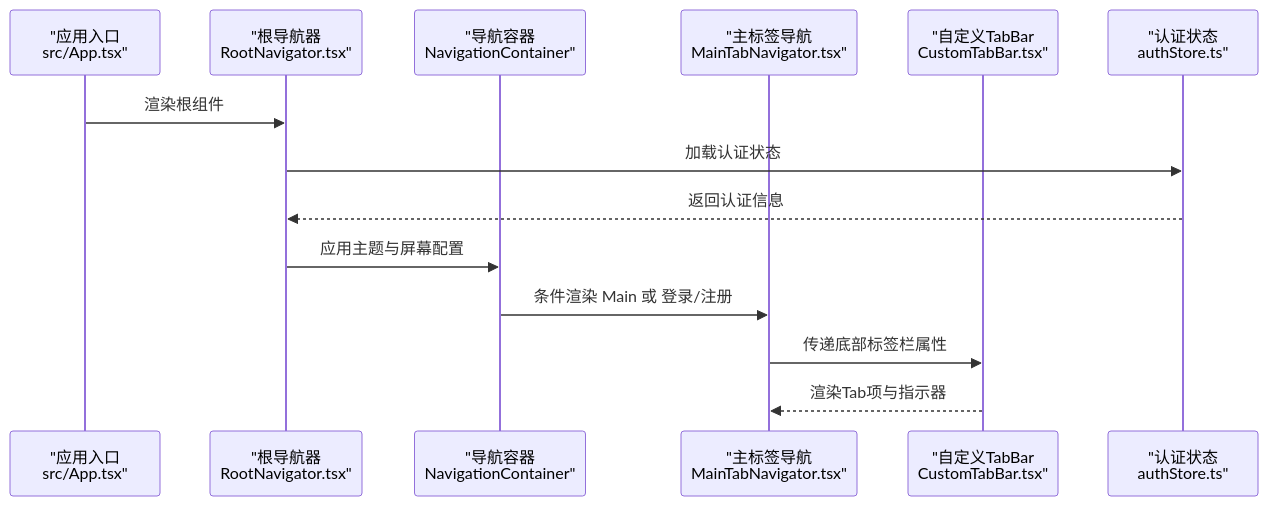
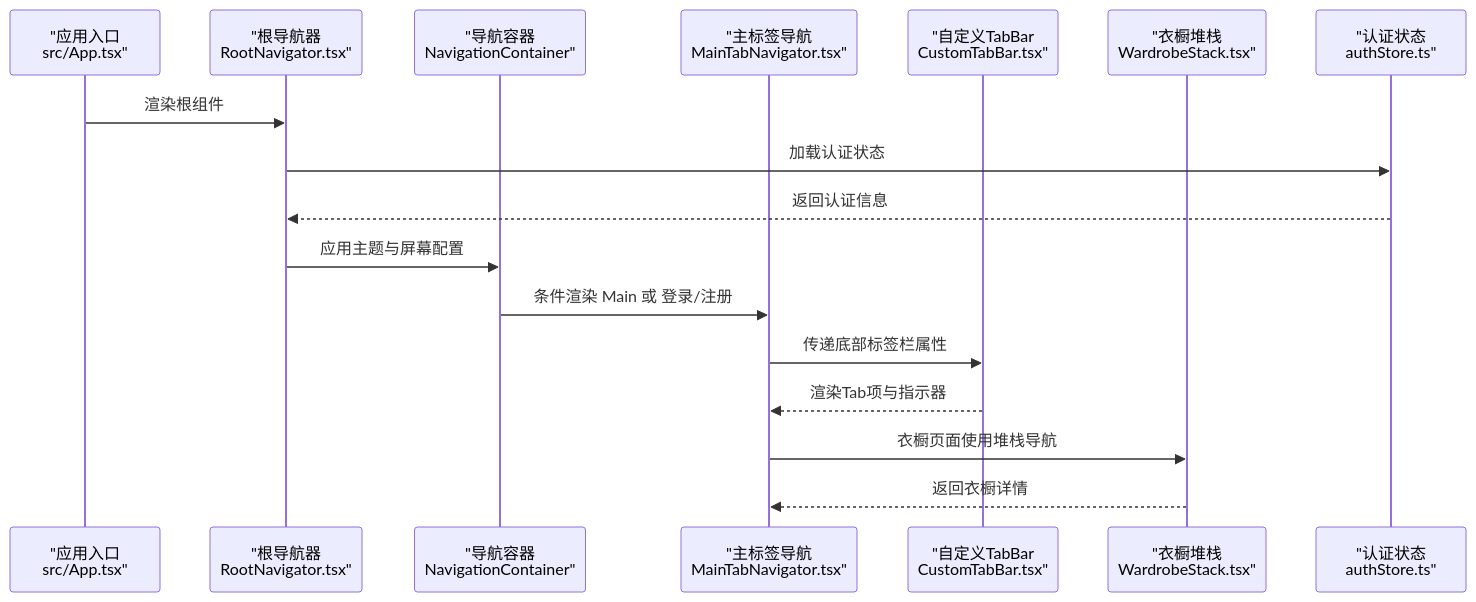
Before and after one commit to lsqwawa/free-dress: the second of 7 diagrams in .qoder/repowiki/zh/content/前端开发指南/前端开发指南.md, drawn with Mermaid. The commit also changed other lines of this file and 74 other files, not shown here.

````diff
--- a/.qoder/repowiki/zh/content/前端开发指南/前端开发指南.md
+++ b/.qoder/repowiki/zh/content/前端开发指南/前端开发指南.md
@@ -127,16 +182,19 @@
 ```mermaid
 sequenceDiagram
 participant App as "应用入口<br/>src/App.tsx"
 participant Root as "根导航器<br/>RootNavigator.tsx"
 participant Nav as "导航容器<br/>NavigationContainer"
 participant Tabs as "主标签导航<br/>MainTabNavigator.tsx"
 participant TabBar as "自定义TabBar<br/>CustomTabBar.tsx"
-participant Store as "认证状态<br/>authStore.ts"
+participant Stack as "衣橱堆栈<br/>WardrobeStack.tsx"
+participant AuthStore as "认证状态<br/>authStore.ts"
 App->>Root : 渲染根组件
-Root->>Store : 加载认证状态
-Store-->>Root : 返回认证信息
+Root->>AuthStore : 加载认证状态
+AuthStore-->>Root : 返回认证信息
 Root->>Nav : 应用主题与屏幕配置
 Nav->>Tabs : 条件渲染 Main 或 登录/注册
 Tabs->>TabBar : 传递底部标签栏属性
 TabBar-->>Tabs : 渲染Tab项与指示器
+Tabs->>Stack : 衣橱页面使用堆栈导航
+Stack-->>Tabs : 返回衣橱详情
 ```
````
